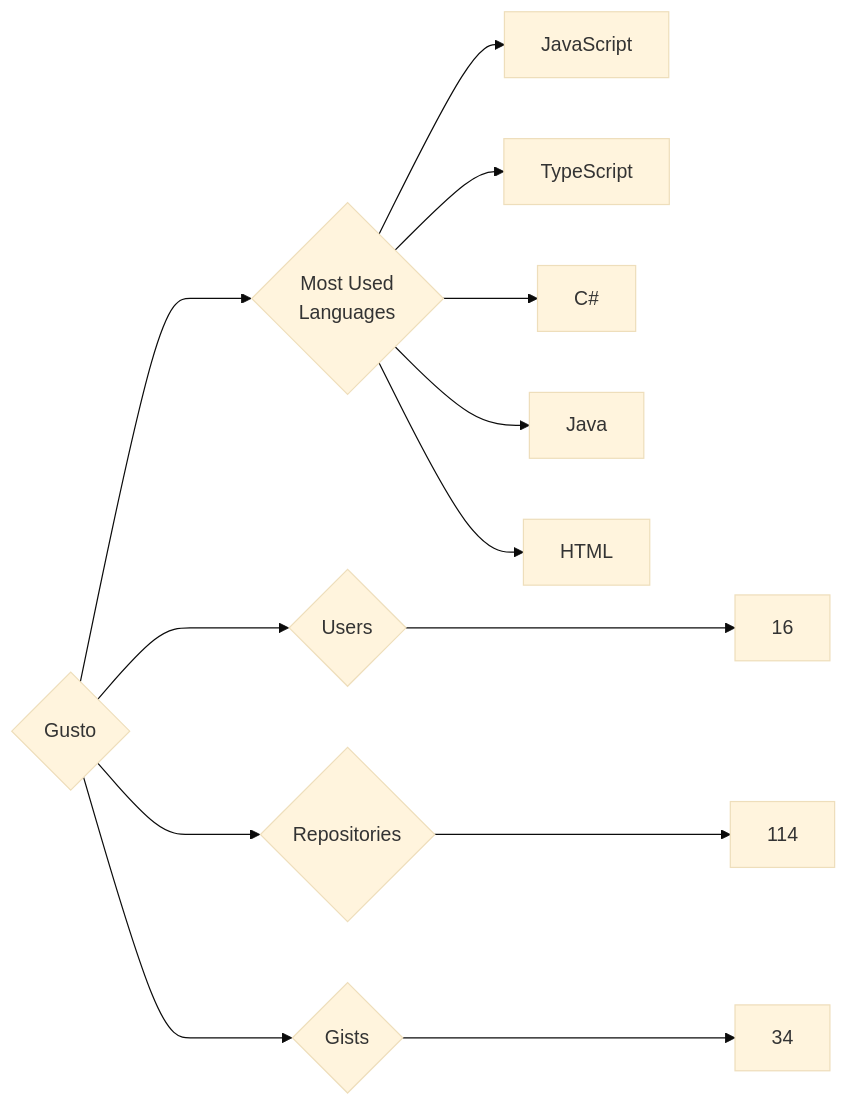
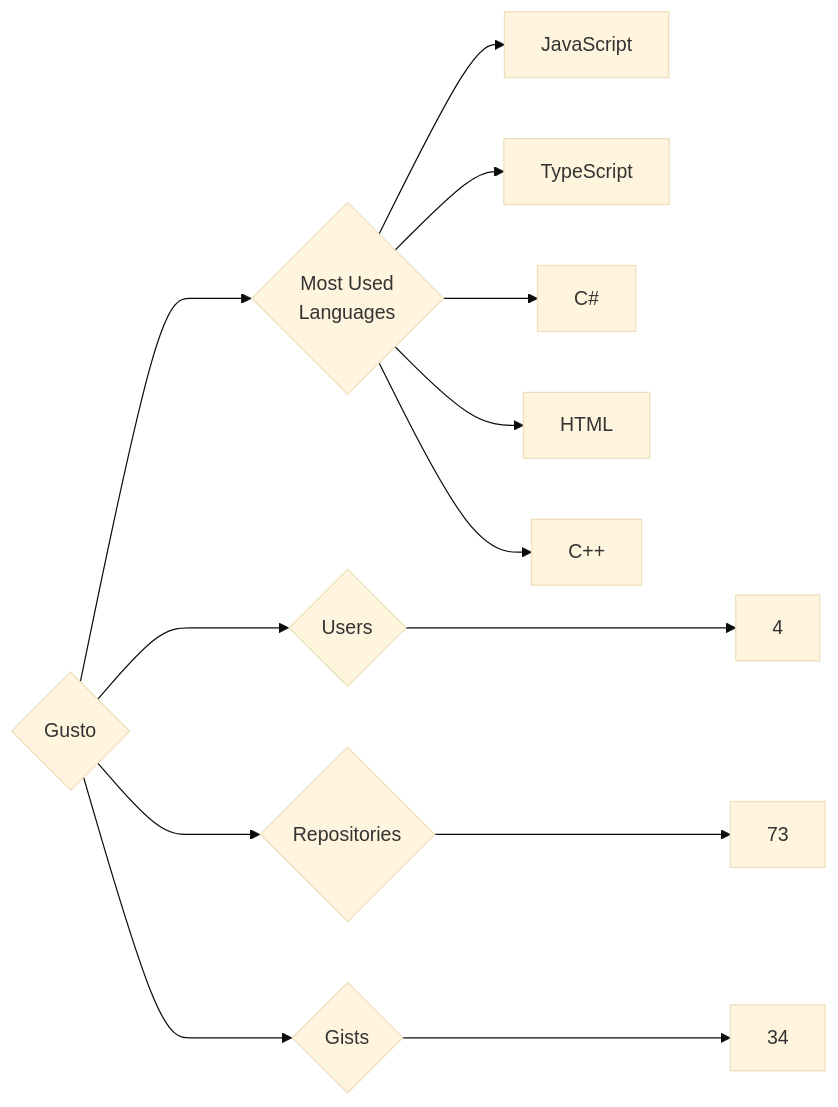
Before and after one commit to trickest/insiders: the diagram in targets/Gusto/README.md, drawn with Mermaid (base theme). The commit also changed 809 other files, not shown here.

````diff
--- a/targets/Gusto/README.md
+++ b/targets/Gusto/README.md
@@ -3,13 +3,13 @@
 ```mermaid
 graph LR
 COMPANY_NAME{Gusto}
-COMPANY_NAME ---> U{Users} ---> UN[16]
-COMPANY_NAME ---> R{Repositories} ---> RN[114]
+COMPANY_NAME ---> U{Users} ---> UN[4]
+COMPANY_NAME ---> R{Repositories} ---> RN[73]
 COMPANY_NAME ---> G{Gists} ---> GN[34]
 COMPANY_NAME ---> ML{Most Used<br>Languages}
 ML --> JavaScript[JavaScript]
 ML --> TypeScript[TypeScript]
 ML --> C#[C#]
-ML --> Java[Java]
 ML --> HTML[HTML]
+ML --> C++[C++]
 ```
````
